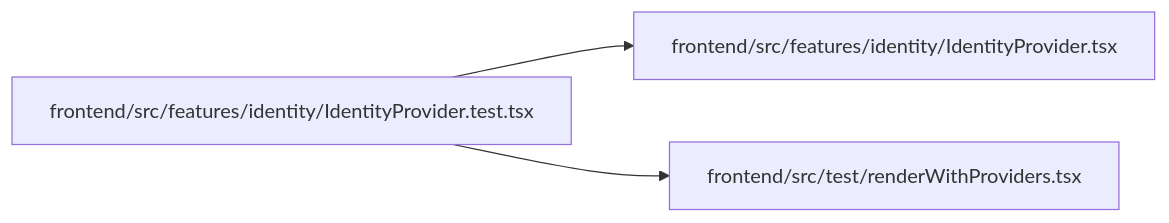
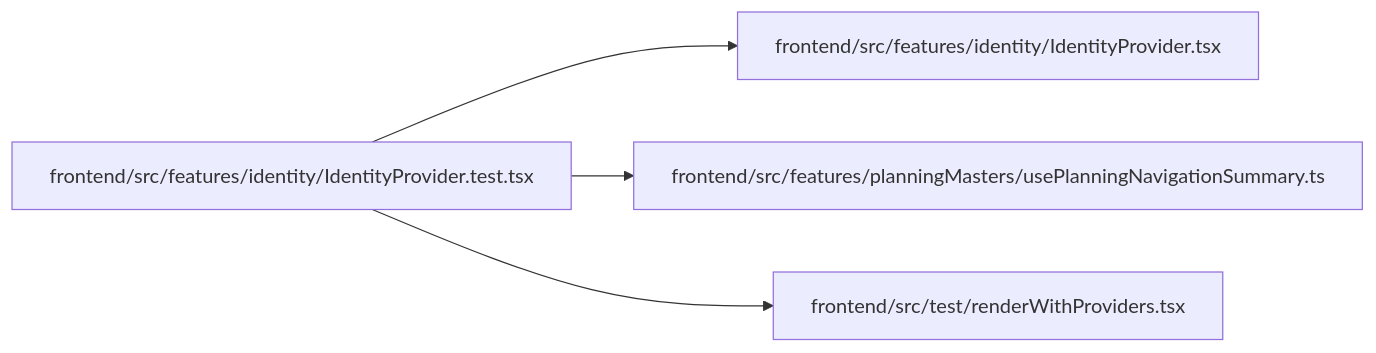
One commit to Denissvgn/WorkChord changed the diagram in docs/llm_wiki/modules/IdentityProvider.test.md. Above: the diagram before and after it, drawn with Mermaid. The commit also changed other lines of this file and 10148 other files, not shown here.

````diff
--- a/docs/llm_wiki/modules/IdentityProvider.test.md
+++ b/docs/llm_wiki/modules/IdentityProvider.test.md
@@ -28,11 +31,14 @@
 ```mermaid
 flowchart LR
     n0["frontend/src/features/identity/IdentityProvider.test.tsx"]
     n1["frontend/src/features/identity/IdentityProvider.tsx"]
-    n2["frontend/src/test/renderWithProviders.tsx"]
+    n2["frontend/src/features/planningMasters/usePlanningNavigationSummary.ts"]
+    n3["frontend/src/test/renderWithProviders.tsx"]
     n0 --> n1
     n0 --> n2
+    n0 --> n3
     click n0 "../modules/IdentityProvider.test.md"
     click n1 "../modules/IdentityProvider.md"
-    click n2 "../modules/renderWithProviders.md"
+    click n2 "../modules/usePlanningNavigationSummary.md"
+    click n3 "../modules/renderWithProviders.md"
 ```
````
